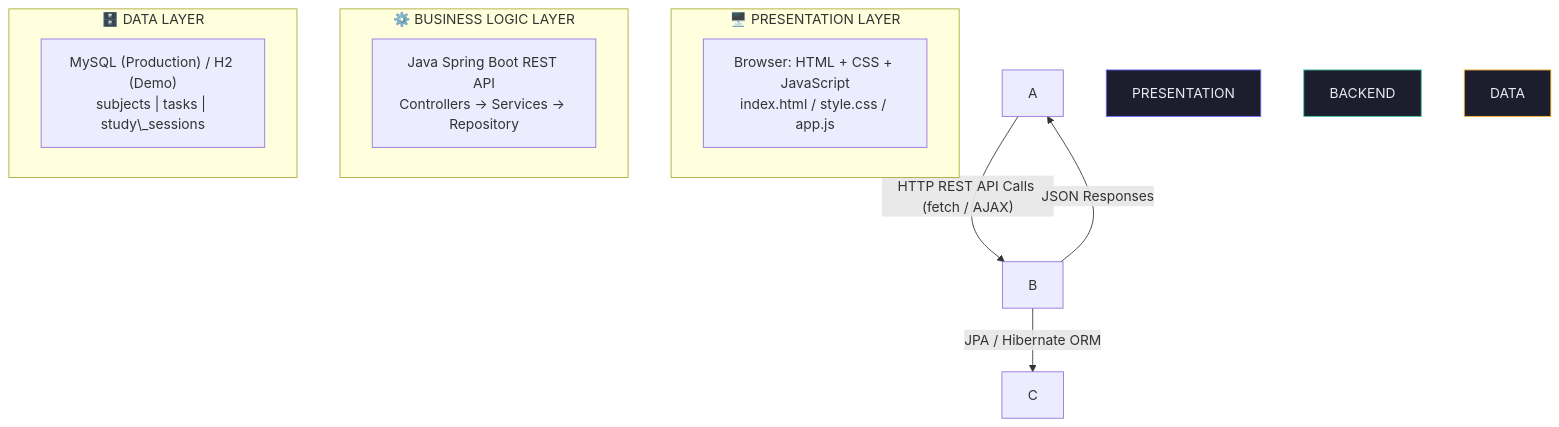
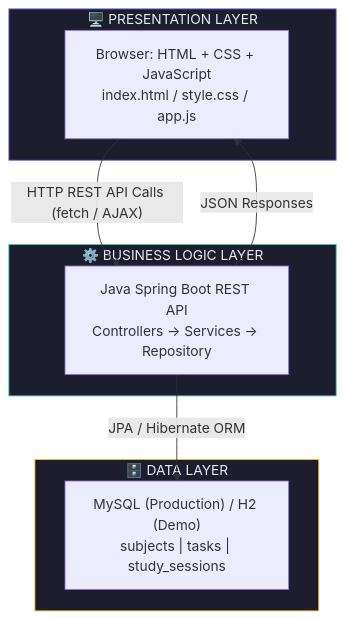
One commit to Sohamb-Artiset/VolunteerConnect changed the first of 6 diagrams in StudyFlow_Documentation.md. Above: the diagram before and after it, drawn with Mermaid. The commit also changed other lines of this file, not shown here.

````diff
--- a/StudyFlow_Documentation.md
+++ b/StudyFlow_Documentation.md
@@ -78,22 +77,22 @@
 ```mermaid
 graph TD
-    subgraph PRESENTATION\["🖥️ PRESENTATION LAYER"]
-        A\["Browser: HTML + CSS + JavaScript<br/>index.html / style.css / app.js"]
+    subgraph PRESENTATION["🖥️ PRESENTATION LAYER"]
+        A["Browser: HTML + CSS + JavaScript<br/>index.html / style.css / app.js"]
     end
 
-    subgraph BACKEND\["⚙️ BUSINESS LOGIC LAYER"]
-        B\["Java Spring Boot REST API<br/>Controllers → Services → Repository"]
+    subgraph BACKEND["⚙️ BUSINESS LOGIC LAYER"]
+        B["Java Spring Boot REST API<br/>Controllers → Services → Repository"]
     end
 
-    subgraph DATA\["🗄️ DATA LAYER"]
-        C\["MySQL (Production) / H2 (Demo)<br/>subjects | tasks | study\_sessions"]
+    subgraph DATA["🗄️ DATA LAYER"]
+        C["MySQL (Production) / H2 (Demo)<br/>subjects | tasks | study_sessions"]
     end
 
     A -->|"HTTP REST API Calls (fetch / AJAX)"| B
     B -->|"JPA / Hibernate ORM"| C
     B -->|"JSON Responses"| A
 
     style PRESENTATION fill:#1C1E2E,stroke:#6C63FF,color:#E8E9F3
     style BACKEND fill:#1C1E2E,stroke:#43C59E,color:#E8E9F3
     style DATA fill:#1C1E2E,stroke:#F7B731,color:#E8E9F3
 ```
````
